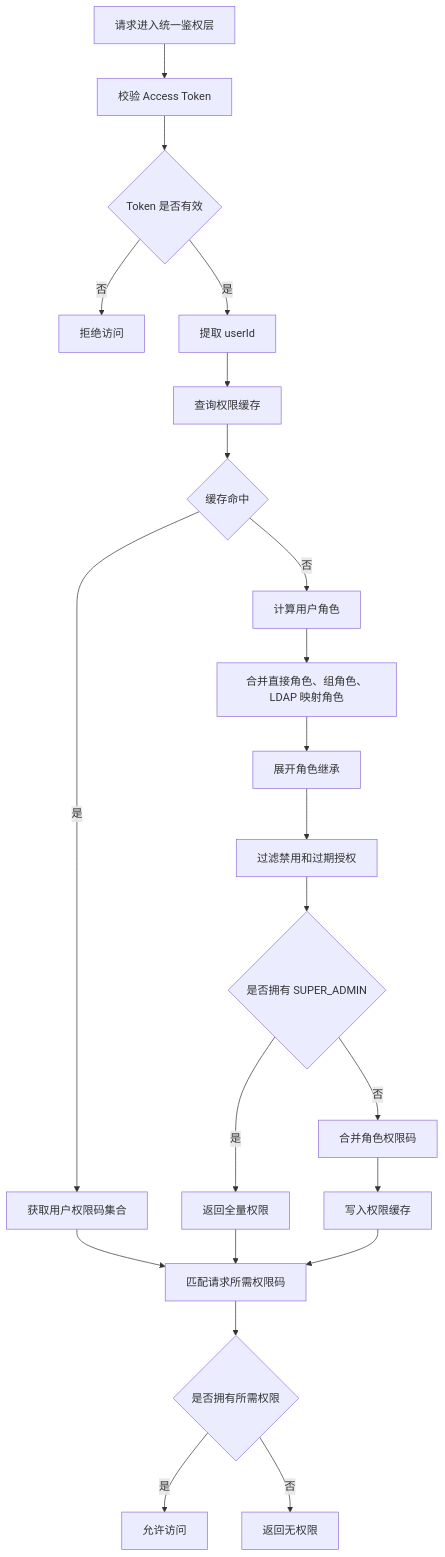
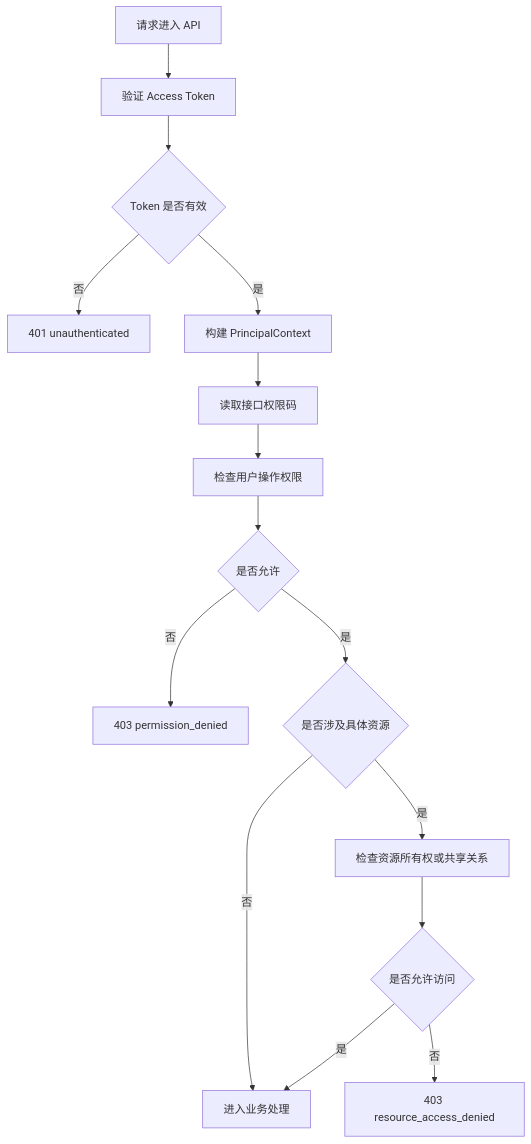
Before and after one commit to wangweihong/omnimam-spec: the eighth of 10 diagrams in 00_product/domains/identity/product-spec.md, drawn with Mermaid. The commit also changed other lines of this file and 24 other files, not shown here.

````diff
--- a/00_product/domains/identity/product-spec.md
+++ b/00_product/domains/identity/product-spec.md
@@ -739,24 +1084,22 @@
 ```mermaid
 flowchart TD
-  A["请求进入统一鉴权层"] --> B["校验 Access Token"]
-  B --> C{"Token 是否有效"}
-  C -->|否| D["拒绝访问"]
-  C -->|是| E["提取 userId"]
-  E --> F["查询权限缓存"]
-  F --> G{"缓存命中"}
-  G -->|是| H["获取用户权限码集合"]
-  G -->|否| I["计算用户角色"]
-  I --> J["合并直接角色、组角色、LDAP 映射角色"]
-  J --> K["展开角色继承"]
-  K --> L["过滤禁用和过期授权"]
-  L --> M{"是否拥有 SUPER_ADMIN"}
-  M -->|是| N["返回全量权限"]
-  M -->|否| O["合并角色权限码"]
-  O --> P["写入权限缓存"]
-  H --> Q["匹配请求所需权限码"]
-  N --> Q
-  P --> Q
-  Q --> R{"是否拥有所需权限"}
-  R -->|是| S["允许访问"]
-  R -->|否| T["返回无权限"]
+    A["请求进入 API"] --> B["验证 Access Token"]
+    B --> C{"Token 是否有效"}
+
+    C -->|否| D["401 unauthenticated"]
+    C -->|是| E["构建 PrincipalContext"]
+
+    E --> F["读取接口权限码"]
+    F --> G["检查用户操作权限"]
+
+    G --> H{"是否允许"}
+    H -->|否| I["403 permission_denied"]
+
+    H -->|是| J{"是否涉及具体资源"}
+    J -->|否| K["进入业务处理"]
+
+    J -->|是| L["检查资源所有权或共享关系"]
+    L --> M{"是否允许访问"}
+    M -->|否| N["403 resource_access_denied"]
+    M -->|是| K
 ```
````
